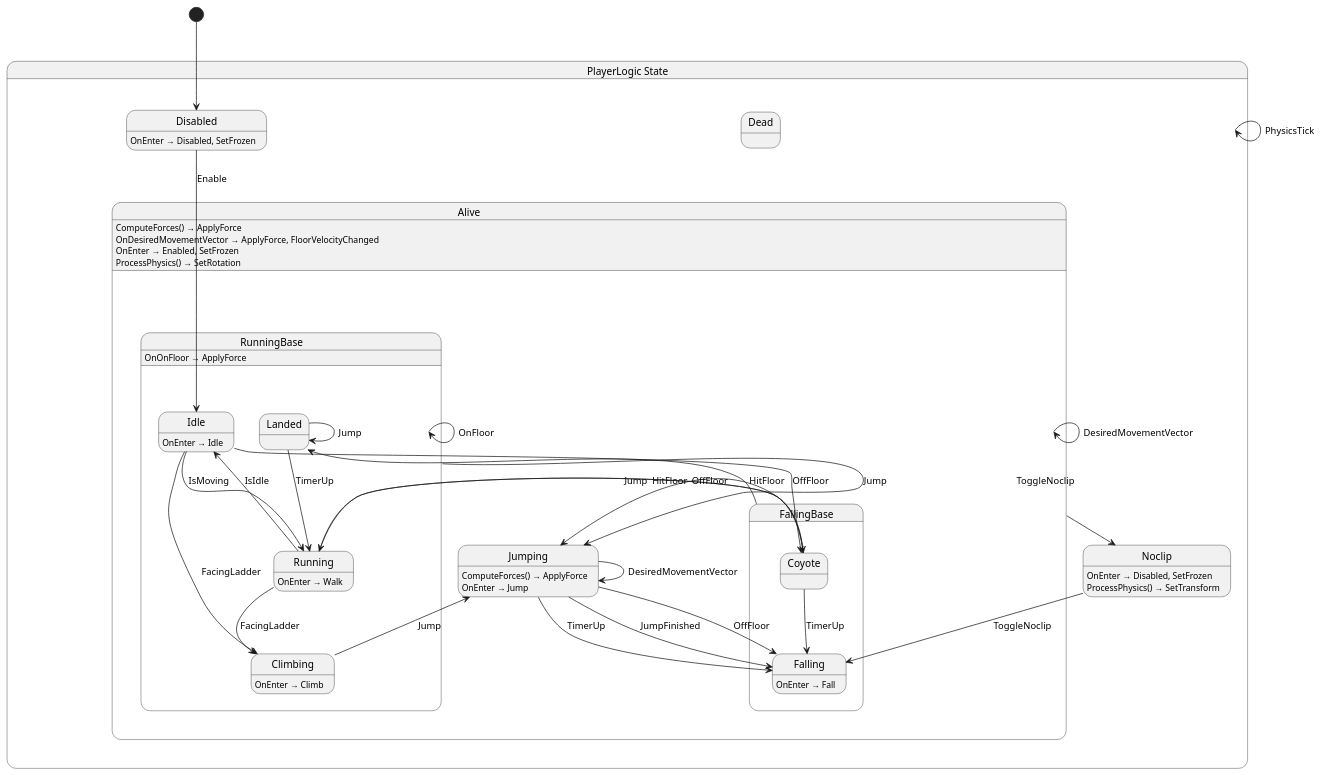
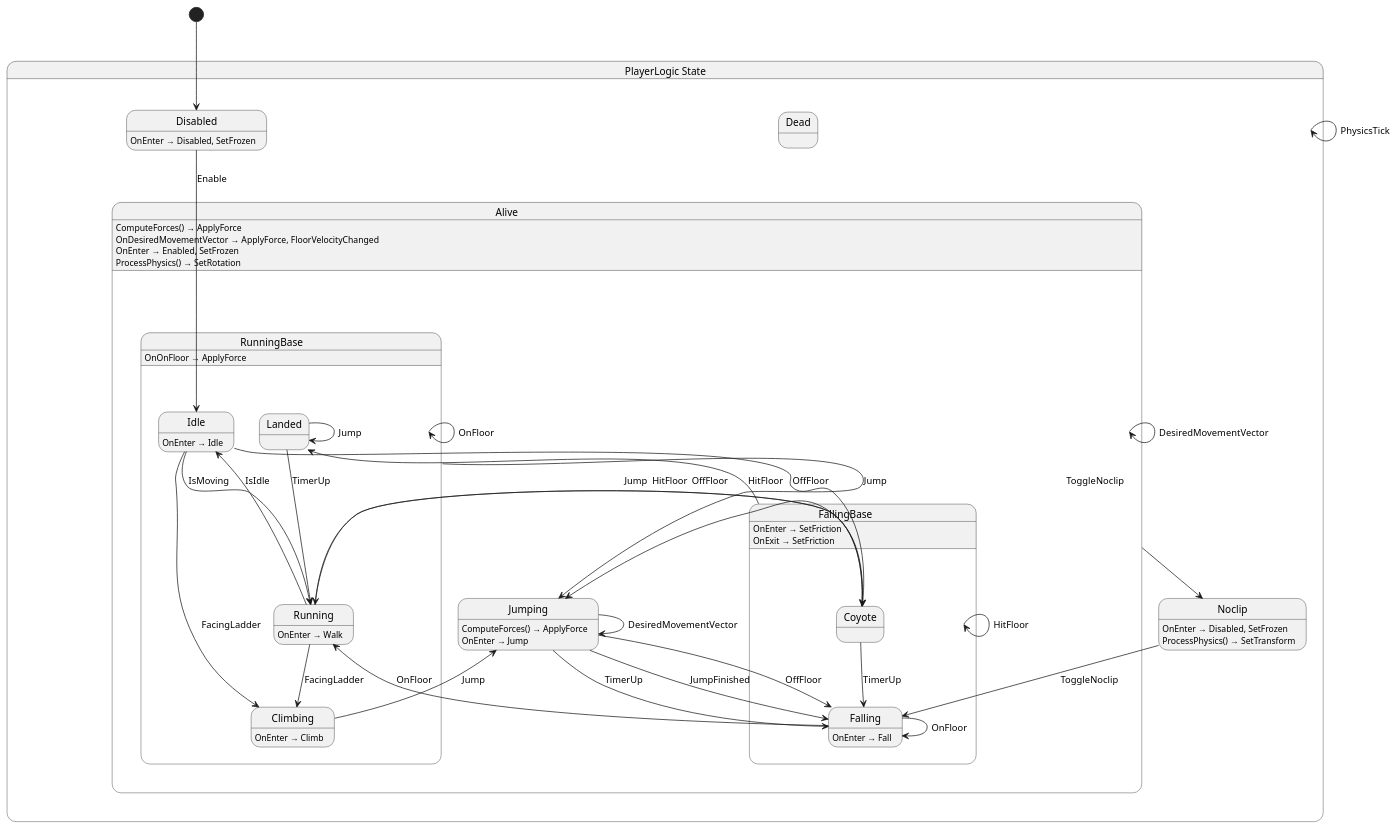
Before and after one commit to Natelytle/Jomolith: the diagram in Src/Play/Player/Humanoid/State/PlayerLogic.g.puml, drawn with PlantUML. The commit also changed 8 other files, not shown here.

```diff
--- a/Src/Play/Player/Humanoid/State/PlayerLogic.g.puml
+++ b/Src/Play/Player/Humanoid/State/PlayerLogic.g.puml
@@ -1,62 +1,67 @@
 @startuml PlayerLogic
 state "PlayerLogic State" as Jomolith_Play_Player_Humanoid_State_PlayerLogic_PlayerState {
   state "Alive" as Jomolith_Play_Player_Humanoid_State_PlayerLogic_PlayerState_Alive {
     state "FallingBase" as Jomolith_Play_Player_Humanoid_State_PlayerLogic_PlayerState_FallingBase {
       state "Coyote" as Jomolith_Play_Player_Humanoid_State_PlayerLogic_PlayerState_Coyote
       state "Falling" as Jomolith_Play_Player_Humanoid_State_PlayerLogic_PlayerState_Falling
     }
     state "Jumping" as Jomolith_Play_Player_Humanoid_State_PlayerLogic_PlayerState_Jumping
     state "RunningBase" as Jomolith_Play_Player_Humanoid_State_PlayerLogic_PlayerState_RunningBase {
       state "Climbing" as Jomolith_Play_Player_Humanoid_State_PlayerLogic_PlayerState_Climbing
       state "Idle" as Jomolith_Play_Player_Humanoid_State_PlayerLogic_PlayerState_Idle
       state "Landed" as Jomolith_Play_Player_Humanoid_State_PlayerLogic_PlayerState_Landed
       state "Running" as Jomolith_Play_Player_Humanoid_State_PlayerLogic_PlayerState_Running
     }
   }
   state "Dead" as Jomolith_Play_Player_Humanoid_State_PlayerLogic_PlayerState_Dead
   state "Disabled" as Jomolith_Play_Player_Humanoid_State_PlayerLogic_PlayerState_Disabled
   state "Noclip" as Jomolith_Play_Player_Humanoid_State_PlayerLogic_PlayerState_Noclip
 }
 
 Jomolith_Play_Player_Humanoid_State_PlayerLogic_PlayerState --> Jomolith_Play_Player_Humanoid_State_PlayerLogic_PlayerState : PhysicsTick
 Jomolith_Play_Player_Humanoid_State_PlayerLogic_PlayerState_Alive --> Jomolith_Play_Player_Humanoid_State_PlayerLogic_PlayerState_Alive : DesiredMovementVector
 Jomolith_Play_Player_Humanoid_State_PlayerLogic_PlayerState_Alive --> Jomolith_Play_Player_Humanoid_State_PlayerLogic_PlayerState_Noclip : ToggleNoclip
 Jomolith_Play_Player_Humanoid_State_PlayerLogic_PlayerState_Climbing --> Jomolith_Play_Player_Humanoid_State_PlayerLogic_PlayerState_Jumping : Jump
 Jomolith_Play_Player_Humanoid_State_PlayerLogic_PlayerState_Coyote --> Jomolith_Play_Player_Humanoid_State_PlayerLogic_PlayerState_Falling : TimerUp
 Jomolith_Play_Player_Humanoid_State_PlayerLogic_PlayerState_Coyote --> Jomolith_Play_Player_Humanoid_State_PlayerLogic_PlayerState_Jumping : Jump
 Jomolith_Play_Player_Humanoid_State_PlayerLogic_PlayerState_Coyote --> Jomolith_Play_Player_Humanoid_State_PlayerLogic_PlayerState_Running : HitFloor
 Jomolith_Play_Player_Humanoid_State_PlayerLogic_PlayerState_Disabled --> Jomolith_Play_Player_Humanoid_State_PlayerLogic_PlayerState_Idle : Enable
+Jomolith_Play_Player_Humanoid_State_PlayerLogic_PlayerState_Falling --> Jomolith_Play_Player_Humanoid_State_PlayerLogic_PlayerState_Falling : OnFloor
+Jomolith_Play_Player_Humanoid_State_PlayerLogic_PlayerState_Falling --> Jomolith_Play_Player_Humanoid_State_PlayerLogic_PlayerState_Running : OnFloor
+Jomolith_Play_Player_Humanoid_State_PlayerLogic_PlayerState_FallingBase --> Jomolith_Play_Player_Humanoid_State_PlayerLogic_PlayerState_FallingBase : HitFloor
 Jomolith_Play_Player_Humanoid_State_PlayerLogic_PlayerState_FallingBase --> Jomolith_Play_Player_Humanoid_State_PlayerLogic_PlayerState_Landed : HitFloor
 Jomolith_Play_Player_Humanoid_State_PlayerLogic_PlayerState_Idle --> Jomolith_Play_Player_Humanoid_State_PlayerLogic_PlayerState_Climbing : FacingLadder
 Jomolith_Play_Player_Humanoid_State_PlayerLogic_PlayerState_Idle --> Jomolith_Play_Player_Humanoid_State_PlayerLogic_PlayerState_Coyote : OffFloor
 Jomolith_Play_Player_Humanoid_State_PlayerLogic_PlayerState_Idle --> Jomolith_Play_Player_Humanoid_State_PlayerLogic_PlayerState_Running : IsMoving
 Jomolith_Play_Player_Humanoid_State_PlayerLogic_PlayerState_Jumping --> Jomolith_Play_Player_Humanoid_State_PlayerLogic_PlayerState_Falling : JumpFinished
 Jomolith_Play_Player_Humanoid_State_PlayerLogic_PlayerState_Jumping --> Jomolith_Play_Player_Humanoid_State_PlayerLogic_PlayerState_Falling : OffFloor
 Jomolith_Play_Player_Humanoid_State_PlayerLogic_PlayerState_Jumping --> Jomolith_Play_Player_Humanoid_State_PlayerLogic_PlayerState_Falling : TimerUp
 Jomolith_Play_Player_Humanoid_State_PlayerLogic_PlayerState_Jumping --> Jomolith_Play_Player_Humanoid_State_PlayerLogic_PlayerState_Jumping : DesiredMovementVector
 Jomolith_Play_Player_Humanoid_State_PlayerLogic_PlayerState_Landed --> Jomolith_Play_Player_Humanoid_State_PlayerLogic_PlayerState_Landed : Jump
 Jomolith_Play_Player_Humanoid_State_PlayerLogic_PlayerState_Landed --> Jomolith_Play_Player_Humanoid_State_PlayerLogic_PlayerState_Running : TimerUp
 Jomolith_Play_Player_Humanoid_State_PlayerLogic_PlayerState_Noclip --> Jomolith_Play_Player_Humanoid_State_PlayerLogic_PlayerState_Falling : ToggleNoclip
 Jomolith_Play_Player_Humanoid_State_PlayerLogic_PlayerState_Running --> Jomolith_Play_Player_Humanoid_State_PlayerLogic_PlayerState_Climbing : FacingLadder
 Jomolith_Play_Player_Humanoid_State_PlayerLogic_PlayerState_Running --> Jomolith_Play_Player_Humanoid_State_PlayerLogic_PlayerState_Coyote : OffFloor
 Jomolith_Play_Player_Humanoid_State_PlayerLogic_PlayerState_Running --> Jomolith_Play_Player_Humanoid_State_PlayerLogic_PlayerState_Idle : IsIdle
 Jomolith_Play_Player_Humanoid_State_PlayerLogic_PlayerState_RunningBase --> Jomolith_Play_Player_Humanoid_State_PlayerLogic_PlayerState_Jumping : Jump
 Jomolith_Play_Player_Humanoid_State_PlayerLogic_PlayerState_RunningBase --> Jomolith_Play_Player_Humanoid_State_PlayerLogic_PlayerState_RunningBase : OnFloor
 
 Jomolith_Play_Player_Humanoid_State_PlayerLogic_PlayerState_Alive : ComputeForces() → ApplyForce
 Jomolith_Play_Player_Humanoid_State_PlayerLogic_PlayerState_Alive : OnDesiredMovementVector → ApplyForce, FloorVelocityChanged
 Jomolith_Play_Player_Humanoid_State_PlayerLogic_PlayerState_Alive : OnEnter → Enabled, SetFrozen
 Jomolith_Play_Player_Humanoid_State_PlayerLogic_PlayerState_Alive : ProcessPhysics() → SetRotation
 Jomolith_Play_Player_Humanoid_State_PlayerLogic_PlayerState_Climbing : OnEnter → Climb
 Jomolith_Play_Player_Humanoid_State_PlayerLogic_PlayerState_Disabled : OnEnter → Disabled, SetFrozen
 Jomolith_Play_Player_Humanoid_State_PlayerLogic_PlayerState_Falling : OnEnter → Fall
+Jomolith_Play_Player_Humanoid_State_PlayerLogic_PlayerState_FallingBase : OnEnter → SetFriction
+Jomolith_Play_Player_Humanoid_State_PlayerLogic_PlayerState_FallingBase : OnExit → SetFriction
 Jomolith_Play_Player_Humanoid_State_PlayerLogic_PlayerState_Idle : OnEnter → Idle
 Jomolith_Play_Player_Humanoid_State_PlayerLogic_PlayerState_Jumping : ComputeForces() → ApplyForce
 Jomolith_Play_Player_Humanoid_State_PlayerLogic_PlayerState_Jumping : OnEnter → Jump
 Jomolith_Play_Player_Humanoid_State_PlayerLogic_PlayerState_Noclip : OnEnter → Disabled, SetFrozen
 Jomolith_Play_Player_Humanoid_State_PlayerLogic_PlayerState_Noclip : ProcessPhysics() → SetTransform
 Jomolith_Play_Player_Humanoid_State_PlayerLogic_PlayerState_Running : OnEnter → Walk
 Jomolith_Play_Player_Humanoid_State_PlayerLogic_PlayerState_RunningBase : OnOnFloor → ApplyForce
 
 [*] --> Jomolith_Play_Player_Humanoid_State_PlayerLogic_PlayerState_Disabled
 @enduml
```
